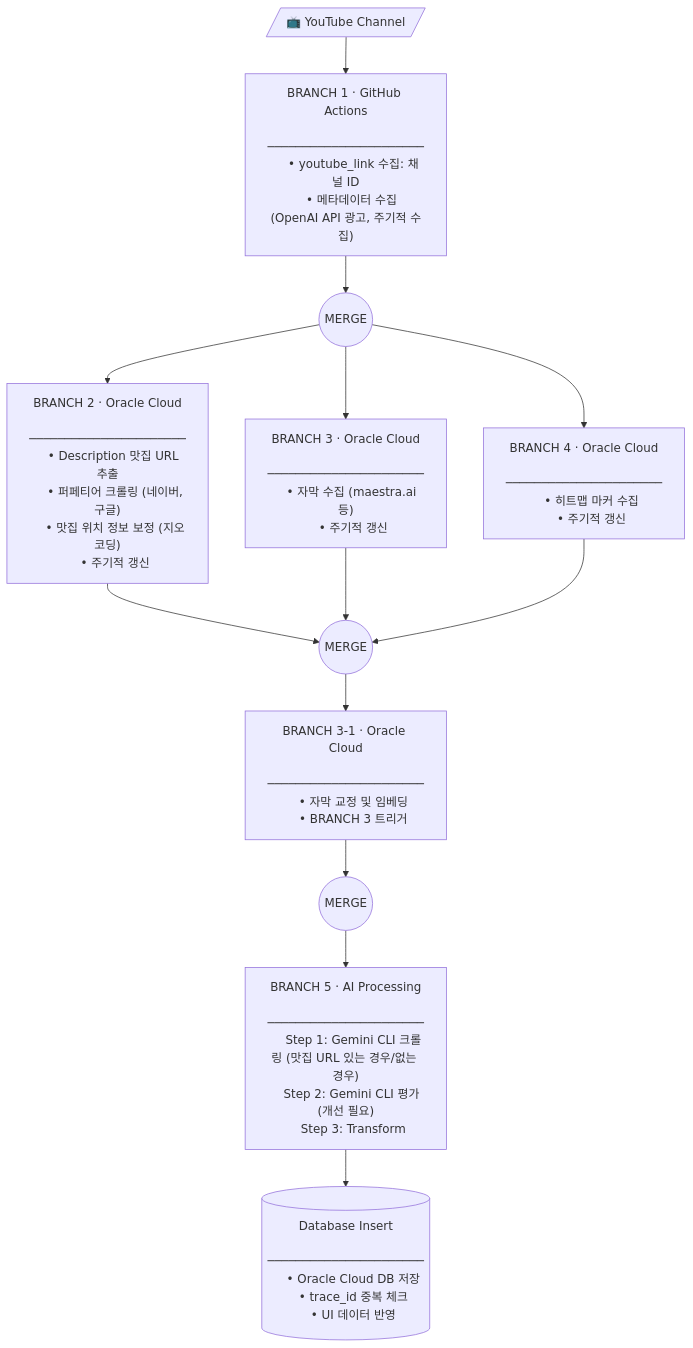
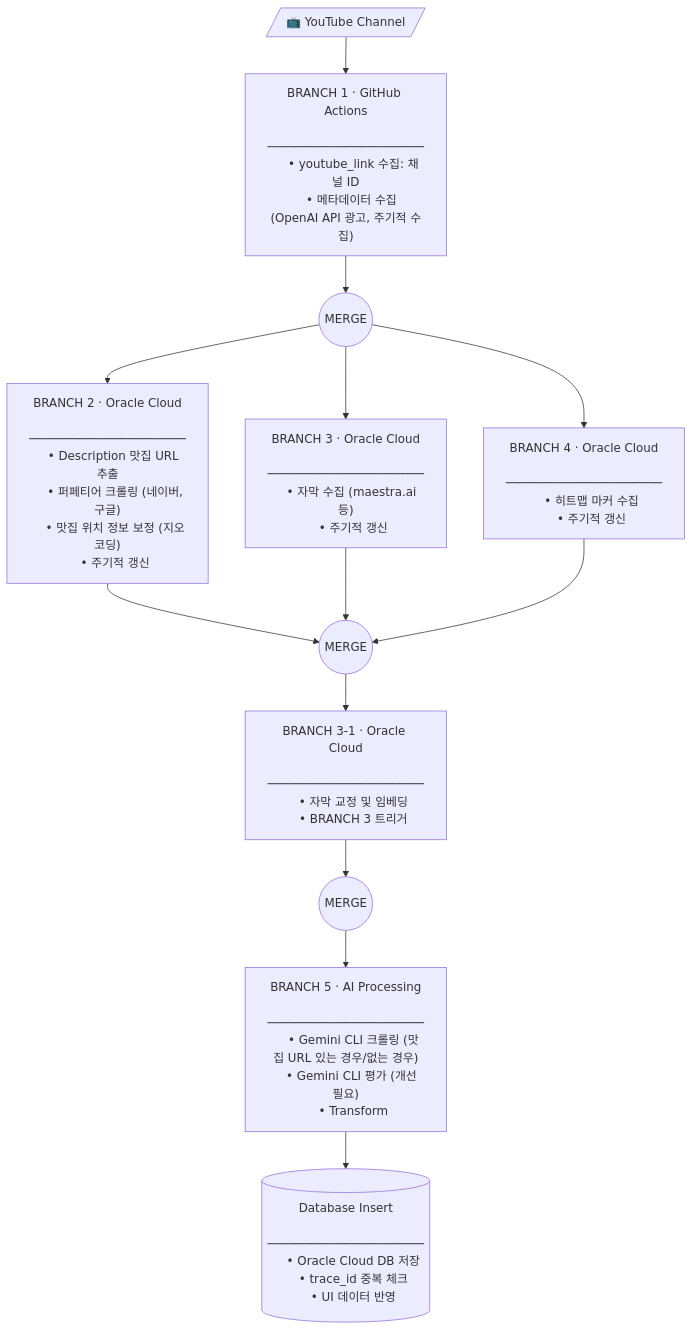
One commit to twoimo/tzudong changed the diagram in backend/tzudong_pipeline_v2.0/README.md. Above: the diagram before and after it, drawn with Mermaid.

Commit message:
UPDATE: Refine branch descriptions in README.md by replacing bullet points for improved clarity and consistency in the AI Processing section of the pipeline flow diagram.

````diff
--- a/backend/tzudong_pipeline_v2.0/README.md
+++ b/backend/tzudong_pipeline_v2.0/README.md
@@ -108,58 +108,58 @@
 ```mermaid
 flowchart TD
     YT[/"📺 YouTube Channel"/]
 
     B1["BRANCH 1 · GitHub Actions
     ──────────────────────
     • youtube_link 수집: 채널 ID
     • 메타데이터 수집 (OpenAI API 광고, 주기적 수집)"]
 
     M1(("MERGE"))
 
     B2["BRANCH 2 · Oracle Cloud
     ──────────────────────
     • Description 맛집 URL 추출
     • 퍼페티어 크롤링 (네이버,구글)
     • 맛집 위치 정보 보정 (지오코딩)
     • 주기적 갱신"]
 
     B3["BRANCH 3 · Oracle Cloud
     ──────────────────────
     • 자막 수집 (maestra.ai 등)
     • 주기적 갱신"]
 
     B4["BRANCH 4 · Oracle Cloud
     ──────────────────────
     • 히트맵 마커 수집
     • 주기적 갱신"]
 
     M2(("MERGE"))
 
     B3_1["BRANCH 3-1 · Oracle Cloud
     ──────────────────────
     • 자막 교정 및 임베딩
     • BRANCH 3 트리거"]
 
     M3(("MERGE"))
 
     B5["BRANCH 5 · AI Processing
     ──────────────────────
-    Step 1: Gemini CLI 크롤링 (맛집 URL 있는 경우/없는 경우)
-    Step 2: Gemini CLI 평가 (개선 필요)
-    Step 3: Transform"]
+    • Gemini CLI 크롤링 (맛집 URL 있는 경우/없는 경우)
+    • Gemini CLI 평가 (개선 필요)
+    • Transform"]
 
     DB[("Database Insert
     ──────────────────────
     • Oracle Cloud DB 저장
     • trace_id 중복 체크
     • UI 데이터 반영")]
 
     YT --> B1 --> M1
     M1 --> B2
     M1 --> B3
     M1 --> B4
     B2 --> M2
     B3 --> M2
     B4 --> M2
     M2 --> B3_1 --> M3 --> B5 --> DB
 ```
````
